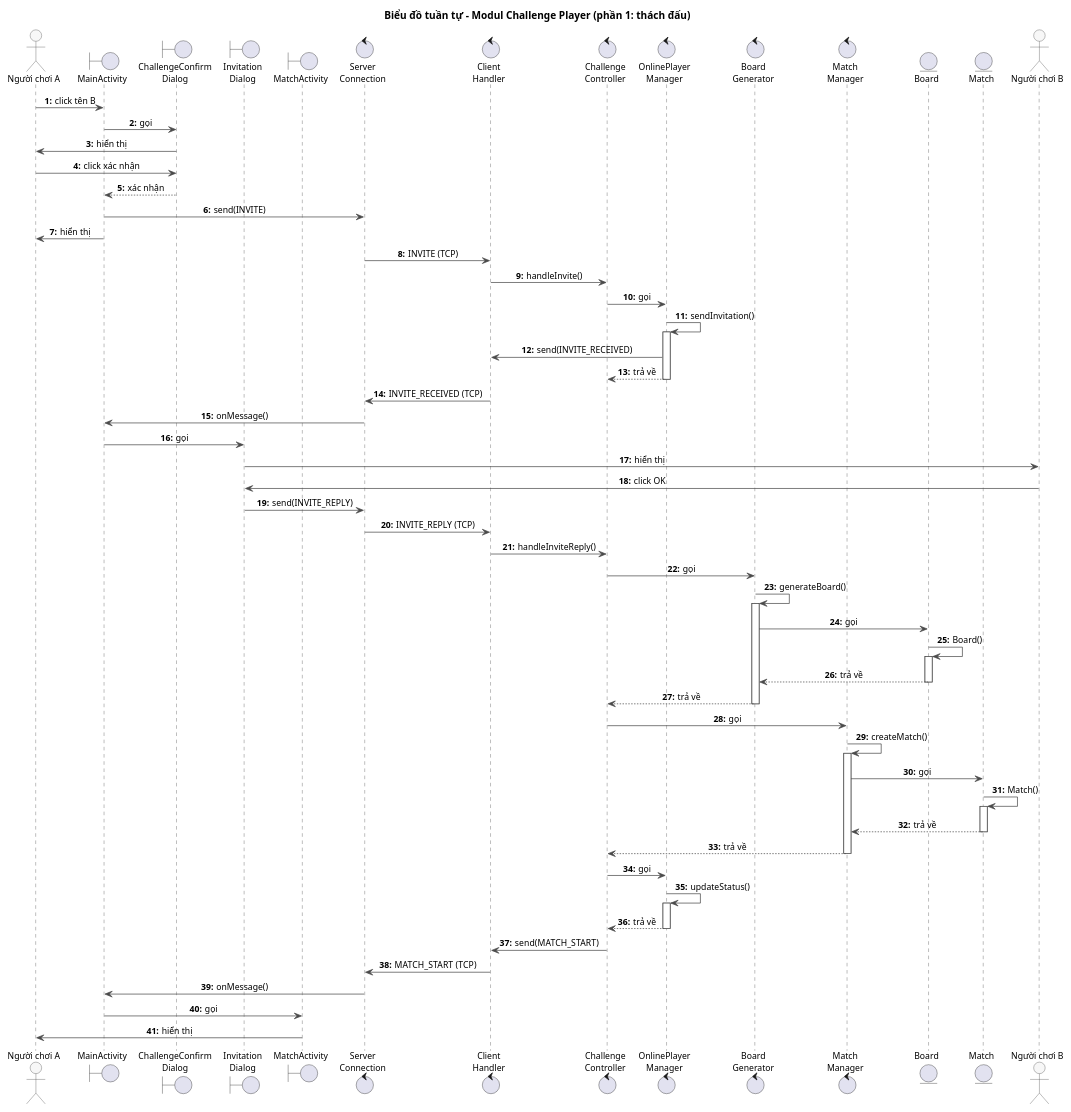
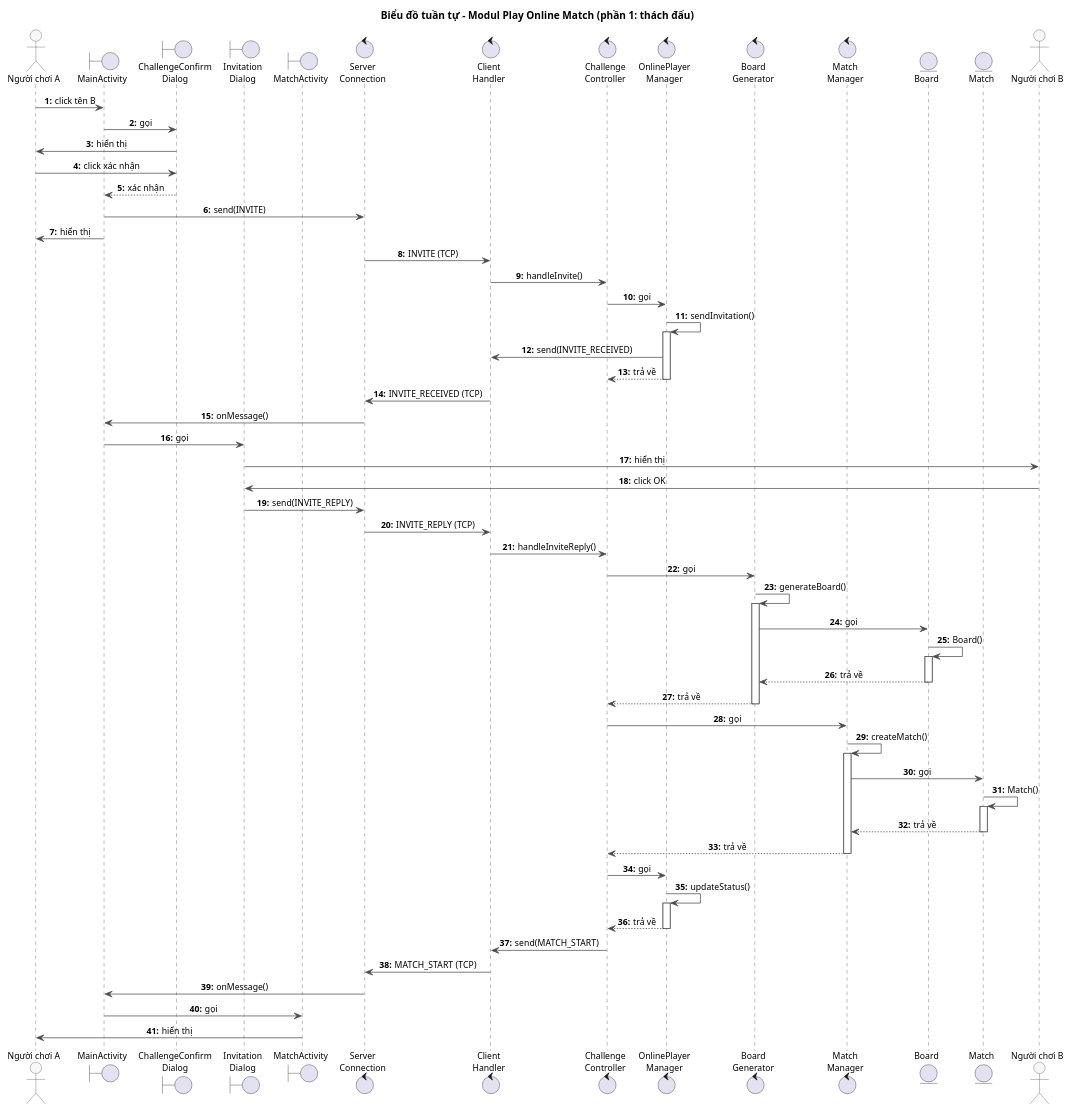
The diagram in docs/uml/pha3/seq-m3-1.puml (VattenL/mobile-pikachu), drawn with PlantUML before and after one commit. The commit also changed 46 other files, not shown here.

```diff
--- a/docs/uml/pha3/seq-m3-1.puml
+++ b/docs/uml/pha3/seq-m3-1.puml
@@ -1,86 +1,86 @@
 @startuml seq-m3-1
-title Biểu đồ tuần tự - Modul Challenge Player (phần 1: thách đấu)
+title Biểu đồ tuần tự - Modul Play Online Match (phần 1: thách đấu)
 
 skinparam shadowing false
 skinparam defaultFontSize 12
 skinparam sequenceMessageAlign center
 skinparam responseMessageBelowArrow true
 skinparam ArrowColor #4A4A4A
 skinparam sequence {
   LifeLineBorderColor #4A4A4A
   ParticipantBorderColor #4A4A4A
   ParticipantBackgroundColor #F7F7F7
   ActorBorderColor #4A4A4A
   ActorBackgroundColor #F7F7F7
 }
 autonumber "<b>0:"
 
 actor "Người chơi A" as A
 boundary MainActivity
 boundary "ChallengeConfirm\nDialog" as ChallengeConfirmDialog
 boundary "Invitation\nDialog" as InvitationDialog
 boundary MatchActivity
 control "Server\nConnection" as ServerConnection
 control "Client\nHandler" as ClientHandler
 control "Challenge\nController" as ChallengeController
 control "OnlinePlayer\nManager" as OnlinePlayerManager
 control "Board\nGenerator" as BoardGenerator
 control "Match\nManager" as MatchManager
 entity Board
 entity Match
 actor "Người chơi B" as B
 
 A -> MainActivity : click tên B
 MainActivity -> ChallengeConfirmDialog : gọi
 ChallengeConfirmDialog -> A : hiển thị
 A -> ChallengeConfirmDialog : click xác nhận
 ChallengeConfirmDialog --> MainActivity : xác nhận
 MainActivity -> ServerConnection : send(INVITE)
 MainActivity -> A : hiển thị
 ServerConnection -> ClientHandler : INVITE (TCP)
 ClientHandler -> ChallengeController : handleInvite()
 ChallengeController -> OnlinePlayerManager : gọi
 OnlinePlayerManager -> OnlinePlayerManager : sendInvitation()
 activate OnlinePlayerManager
 OnlinePlayerManager -> ClientHandler : send(INVITE_RECEIVED)
 OnlinePlayerManager --> ChallengeController : trả về
 deactivate OnlinePlayerManager
 ClientHandler -> ServerConnection : INVITE_RECEIVED (TCP)
 ServerConnection -> MainActivity : onMessage()
 MainActivity -> InvitationDialog : gọi
 InvitationDialog -> B : hiển thị
 B -> InvitationDialog : click OK
 InvitationDialog -> ServerConnection : send(INVITE_REPLY)
 ServerConnection -> ClientHandler : INVITE_REPLY (TCP)
 ClientHandler -> ChallengeController : handleInviteReply()
 ChallengeController -> BoardGenerator : gọi
 BoardGenerator -> BoardGenerator : generateBoard()
 activate BoardGenerator
 BoardGenerator -> Board : gọi
 Board -> Board : Board()
 activate Board
 Board --> BoardGenerator : trả về
 deactivate Board
 BoardGenerator --> ChallengeController : trả về
 deactivate BoardGenerator
 ChallengeController -> MatchManager : gọi
 MatchManager -> MatchManager : createMatch()
 activate MatchManager
 MatchManager -> Match : gọi
 Match -> Match : Match()
 activate Match
 Match --> MatchManager : trả về
 deactivate Match
 MatchManager --> ChallengeController : trả về
 deactivate MatchManager
 ChallengeController -> OnlinePlayerManager : gọi
 OnlinePlayerManager -> OnlinePlayerManager : updateStatus()
 activate OnlinePlayerManager
 OnlinePlayerManager --> ChallengeController : trả về
 deactivate OnlinePlayerManager
 ChallengeController -> ClientHandler : send(MATCH_START)
 ClientHandler -> ServerConnection : MATCH_START (TCP)
 ServerConnection -> MainActivity : onMessage()
 MainActivity -> MatchActivity : gọi
 MatchActivity -> A : hiển thị
 @enduml
```
